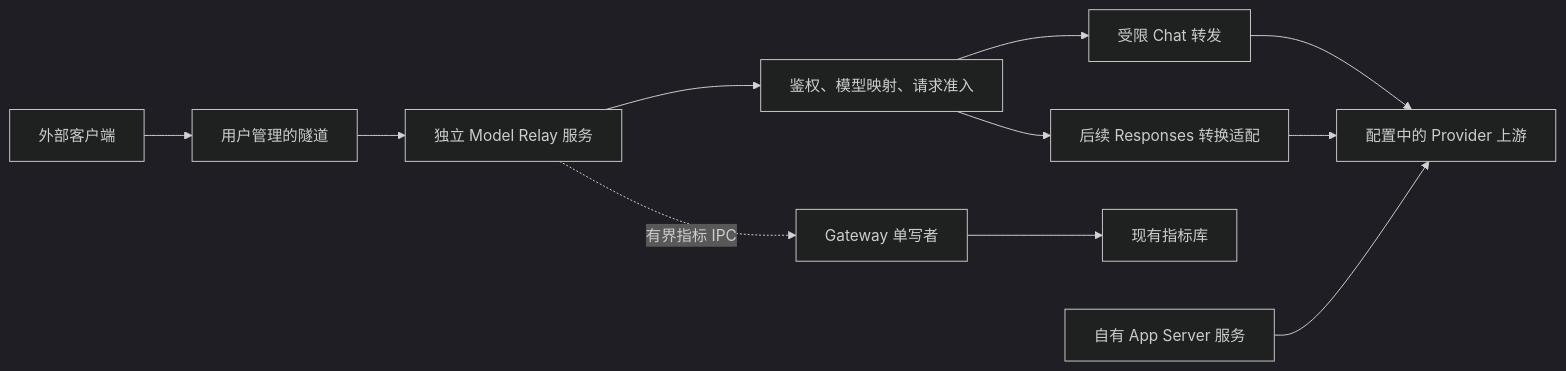
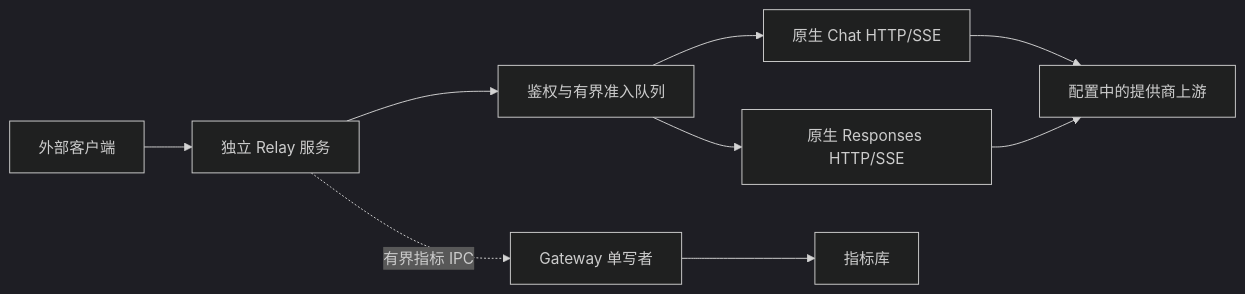
Before and after one commit to msola-ht/codex-channels: the diagram in docs/provider-api-relay-development.md, drawn with Mermaid (dark theme). The commit also changed other lines of this file and 45 other files, not shown here.

````diff
--- a/docs/provider-api-relay-development.md
+++ b/docs/provider-api-relay-development.md
@@ -52,13 +30,11 @@
 ```mermaid
 flowchart LR
-  C[外部客户端] --> T[用户管理的隧道]
-  T --> R[独立 Model Relay 服务]
-  R --> A[鉴权、模型映射、请求准入]
-  A --> H[受限 Chat 转发]
-  A --> P[后续 Responses 转换适配]
-  H --> U[配置中的 Provider 上游]
+  C[外部客户端] --> R[独立 Relay 服务]
+  R --> A[鉴权与有界准入队列]
+  A --> H[原生 Chat HTTP/SSE]
+  A --> P[原生 Responses HTTP/SSE]
+  H --> U[配置中的提供商上游]
   P --> U
   R -.有界指标 IPC.-> G[Gateway 单写者]
-  G --> D[现有指标库]
-  S[自有 App Server 服务] --> U
+  G --> D[指标库]
 ```
````
